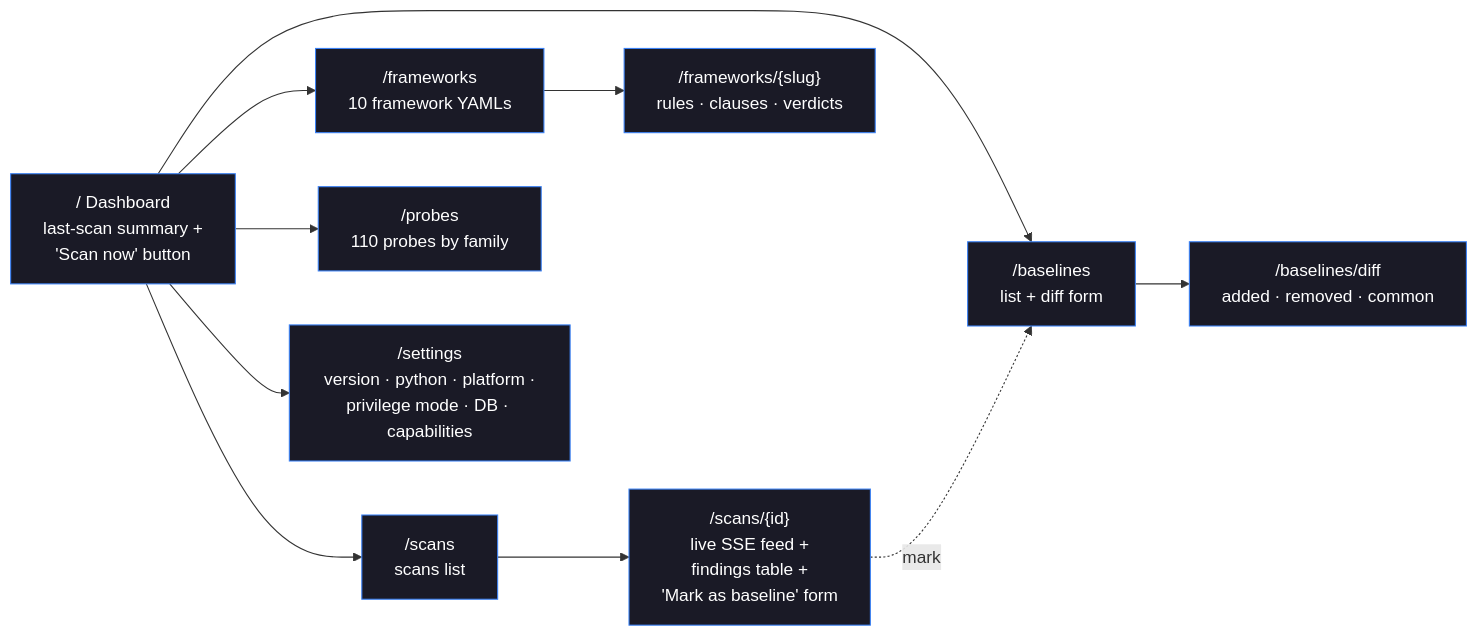
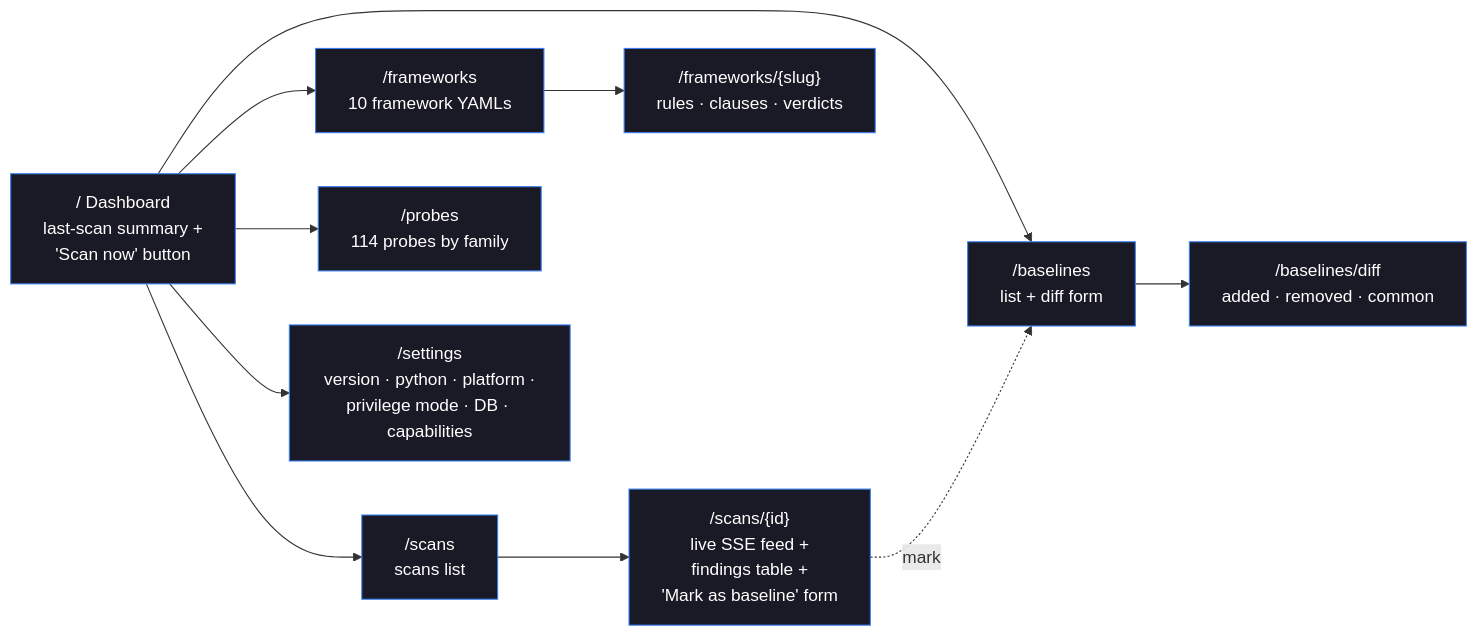
One commit to orengacademy/pqc-scanner2 changed the fourth of 8 diagrams in README.md. Above: the diagram before and after it, drawn with Mermaid. The commit also changed other lines of this file and 6 other files, not shown here.

````diff
--- a/README.md
+++ b/README.md
@@ -225,22 +225,22 @@
 ```mermaid
 flowchart LR
     HOME["/  Dashboard<br/>last-scan summary +<br/>'Scan now' button"]
     SCANS["/scans<br/>scans list"]
     DETAIL["/scans/{id}<br/>live SSE feed +<br/>findings table +<br/>'Mark as baseline' form"]
     FRAMEWORKS["/frameworks<br/>10 framework YAMLs"]
     FW_DET["/frameworks/{slug}<br/>rules · clauses · verdicts"]
-    PROBES["/probes<br/>110 probes by family"]
+    PROBES["/probes<br/>114 probes by family"]
     BASELINES["/baselines<br/>list + diff form"]
     DIFF["/baselines/diff<br/>added · removed · common"]
     SETTINGS["/settings<br/>version · python · platform ·<br/>privilege mode · DB · capabilities"]
 
     HOME --> SCANS --> DETAIL
     HOME --> FRAMEWORKS --> FW_DET
     HOME --> PROBES
     HOME --> BASELINES --> DIFF
     DETAIL -.mark.-> BASELINES
     HOME --> SETTINGS
 
     classDef page fill:#1a1a26,color:#fff,stroke:#3b82f6
     class HOME,SCANS,DETAIL,FRAMEWORKS,FW_DET,PROBES,BASELINES,DIFF,SETTINGS page
 ```
````
